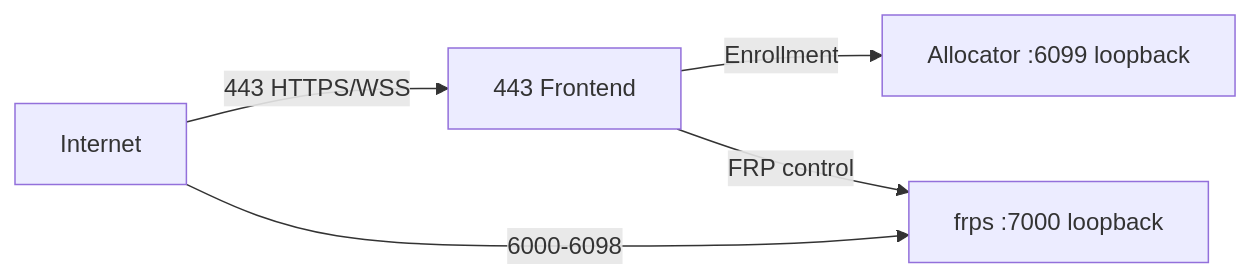
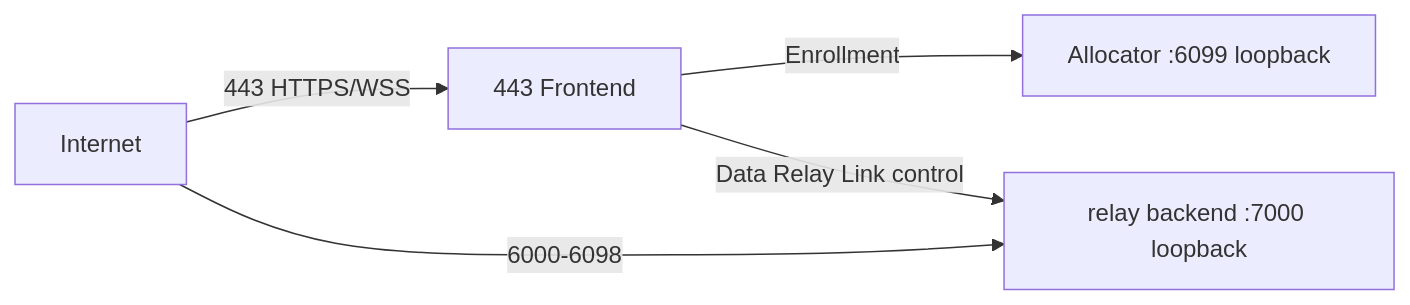
The second of 2 diagrams in ko/reference/network-ports.mdx (datarelay-labs/data-relay-link-docs), drawn with Mermaid before and after one commit. The commit also changed other lines of this file and 32 other files, not shown here.

````diff
--- a/ko/reference/network-ports.mdx
+++ b/ko/reference/network-ports.mdx
@@ -40,7 +40,7 @@
 ```mermaid
 flowchart LR
     I[Internet] -->|443 HTTPS/WSS| P[443 Frontend]
     P -->|Enrollment| A[Allocator :6099 loopback]
-    P -->|FRP control| F[frps :7000 loopback]
+    P -->|Data Relay Link control| F[relay backend :7000 loopback]
     I -->|6000-6098| F
 ```
````
